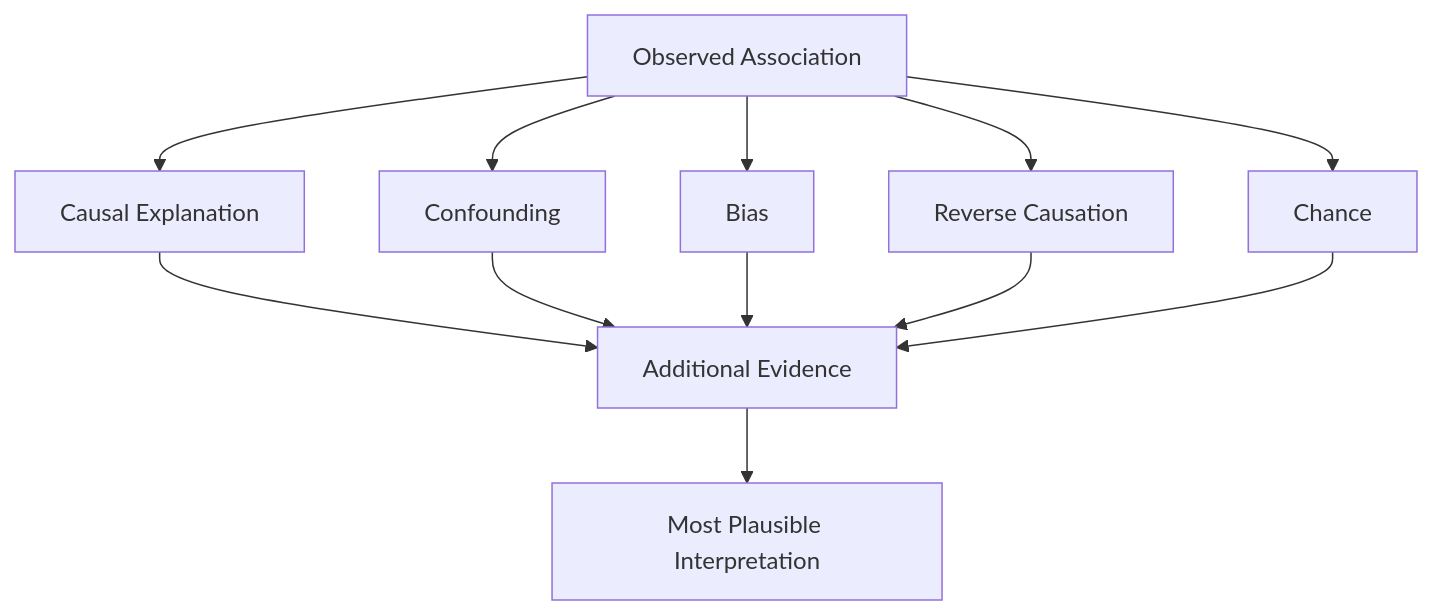
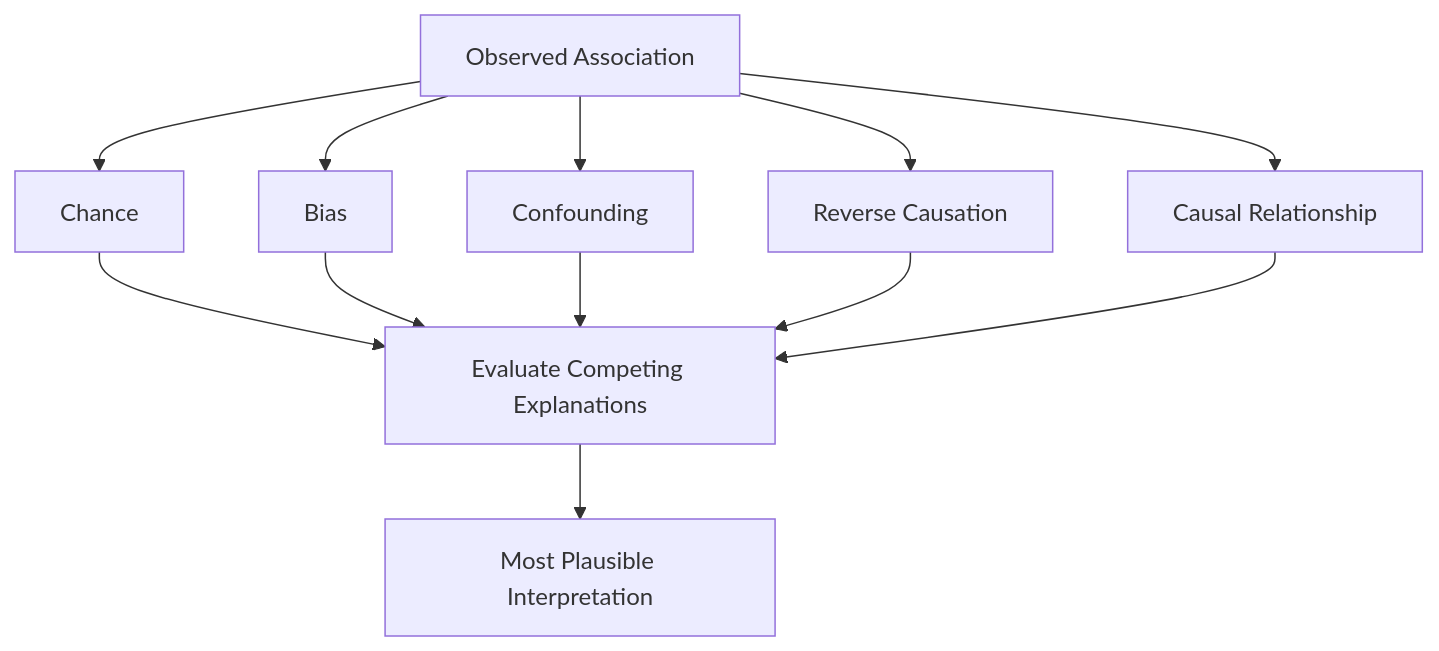
The diagram in chapters/03_Should_You_Believe_the_Result.md (wellsa1-uthscsa/pert-field-guide), drawn with Mermaid before and after one commit. The commit also changed other lines of this file and 1 other file, not shown here.

````diff
--- a/chapters/03_Should_You_Believe_the_Result.md
+++ b/chapters/03_Should_You_Believe_the_Result.md
@@ -465,19 +415,23 @@
 ```mermaid
 flowchart TD
 
 A[Observed Association]
 
-A --> B[Causal Explanation]
-A --> C[Confounding]
-A --> D[Bias]
+A --> B[Chance]
+
+A --> C[Bias]
+
+A --> D[Confounding]
+
 A --> E[Reverse Causation]
-A --> F[Chance]
 
-B --> G[Additional Evidence]
+A --> F[Causal Relationship]
+
+B --> G[Evaluate Competing Explanations]
 C --> G
 D --> G
 E --> G
 F --> G
 
 G --> H[Most Plausible Interpretation]
 ```
````
